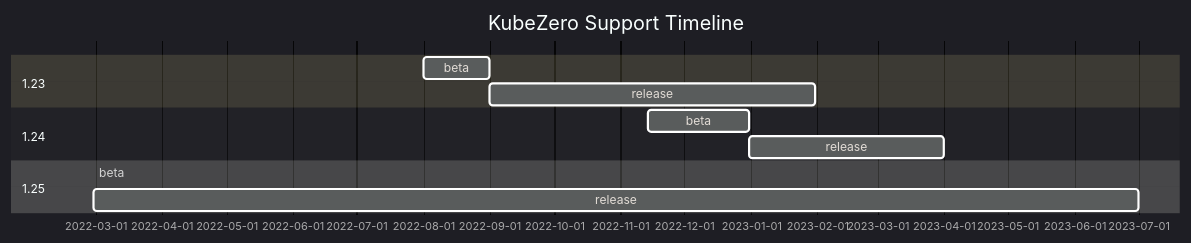
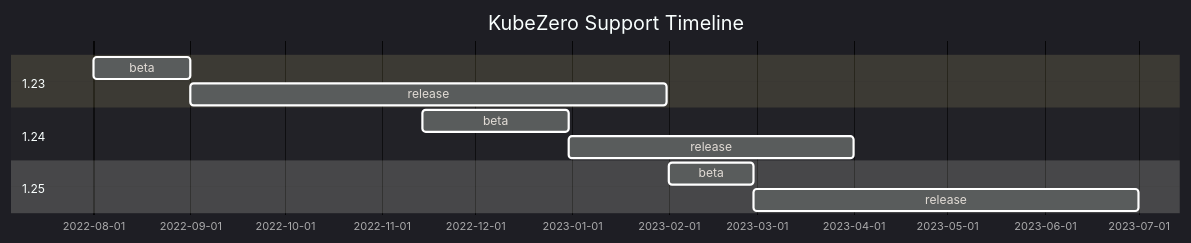
The diagram in README.md (Zero-Down-Time/kubezero), drawn with Mermaid before and after one commit.

Commit message:
chore: Update roadmap

````diff
--- a/README.md
+++ b/README.md
@@ -26,15 +26,15 @@
 ```mermaid
 %%{init: {'theme':'dark'}}%%
 gantt
     title KubeZero Support Timeline
     dateFormat  YYYY-MM-DD
     section 1.23
     beta     :123b, 2022-08-01, 2022-09-01
     release  :after 123b, 2023-01-31
     section 1.24
     beta     :124b, 2022-11-14, 2022-12-31
     release  :after 124b, 2023-04-01
     section 1.25
-    beta     :125b, 2023-02-01, 2022-02-28
+    beta     :125b, 2023-02-01, 2023-02-28
     release  :after 125b, 2023-07-01
 ```
````
